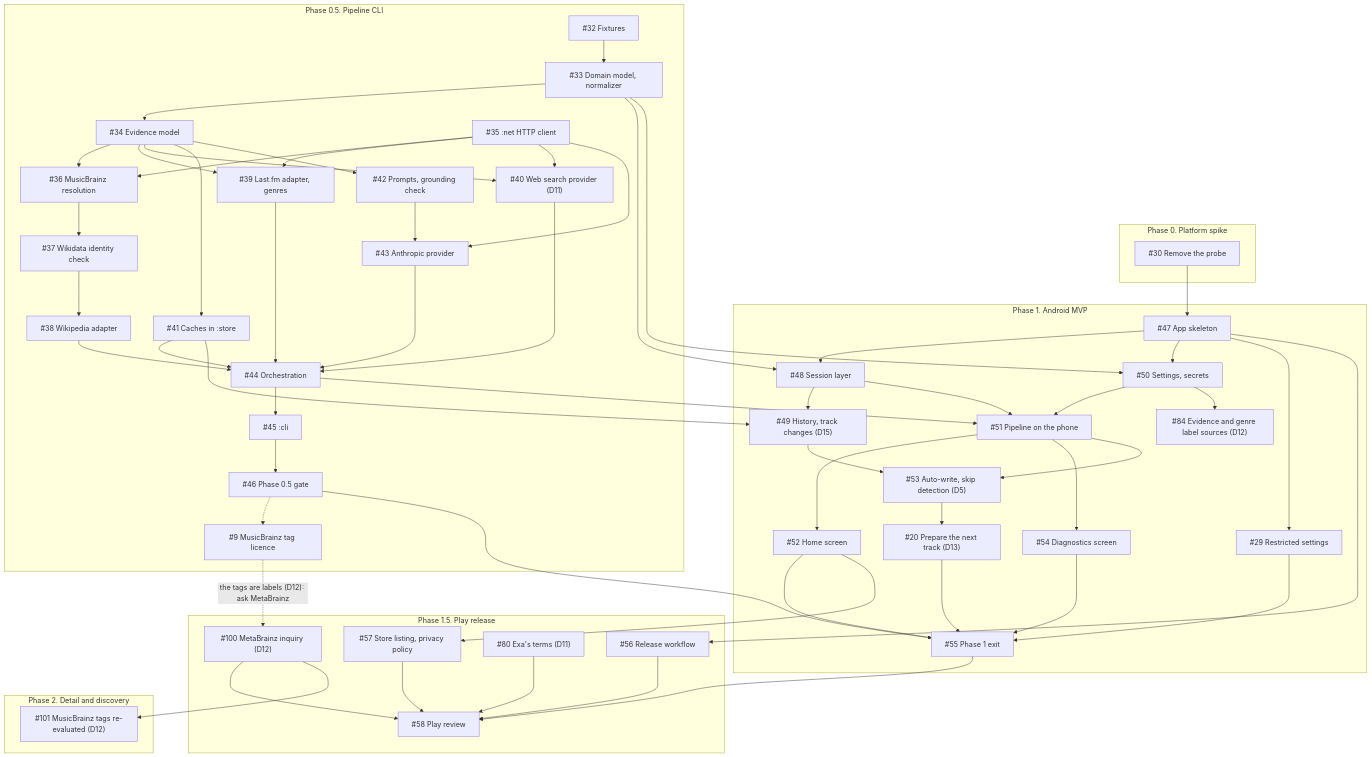
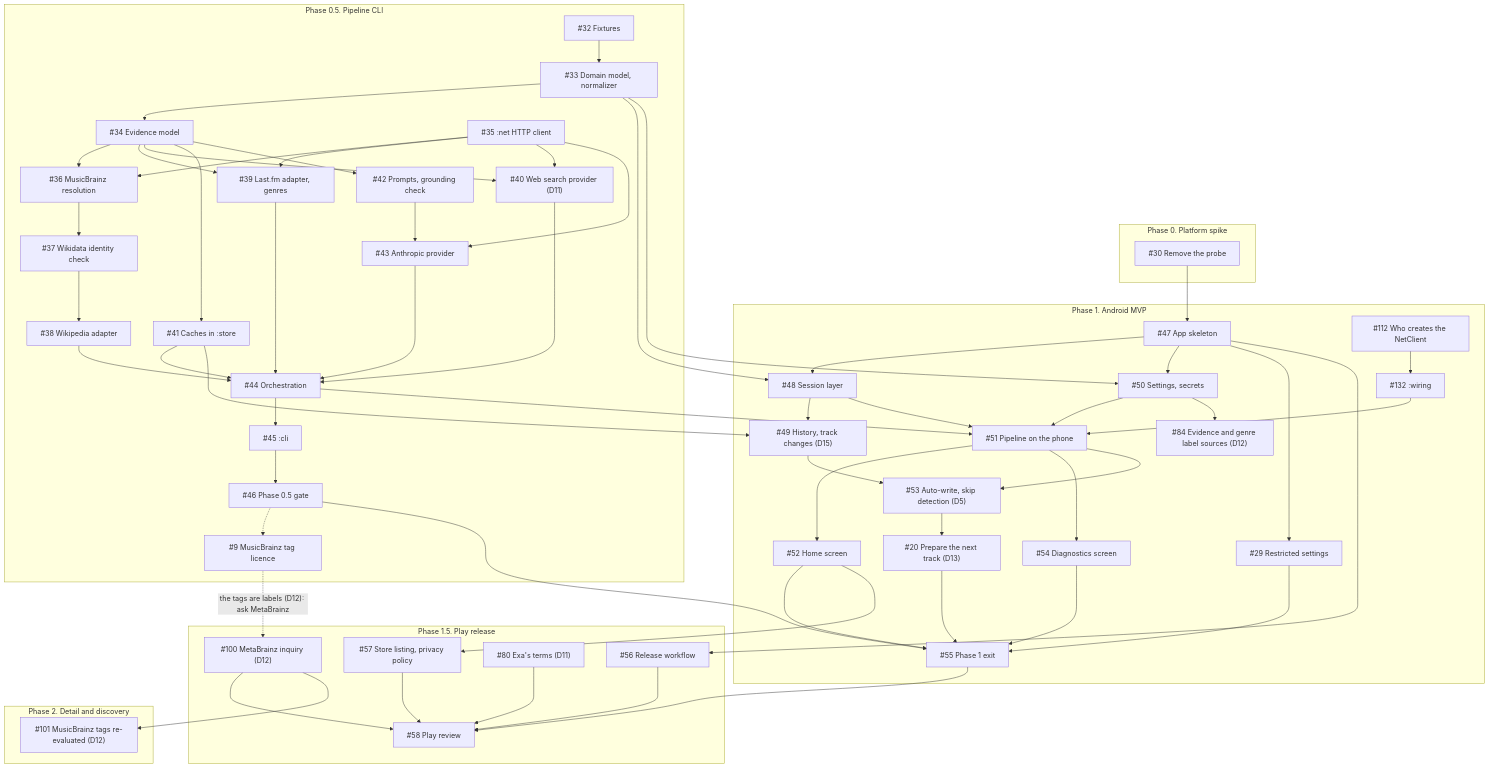
The diagram in design/plan.md (wkusnierczyk/sleevesight), drawn with Mermaid before and after one commit. The commit also changed other lines of this file and 1 other file, not shown here.

First line of the commit message:
[DOCS] architecture.md: who creates the app's NetClient, given `:app` never touches `:net` (#133)

```diff
--- a/design/plan.md
+++ b/design/plan.md
@@ -40,6 +40,8 @@
     i48["#48 Session layer"]
     i49["#49 History, track changes (D15)"]
     i50["#50 Settings, secrets"]
+    i112["#112 Who creates the NetClient"]
+    i132["#132 :wiring"]
     i51["#51 Pipeline on the phone"]
     i52["#52 Home screen"]
     i53["#53 Auto-write, skip detection (D5)"]
@@ -95,6 +97,8 @@
   i48 --> i51
   i50 --> i51
   i44 --> i51
+  i112 --> i132
+  i132 --> i51
   i51 --> i52
   i51 --> i54
   i49 --> i53
```
